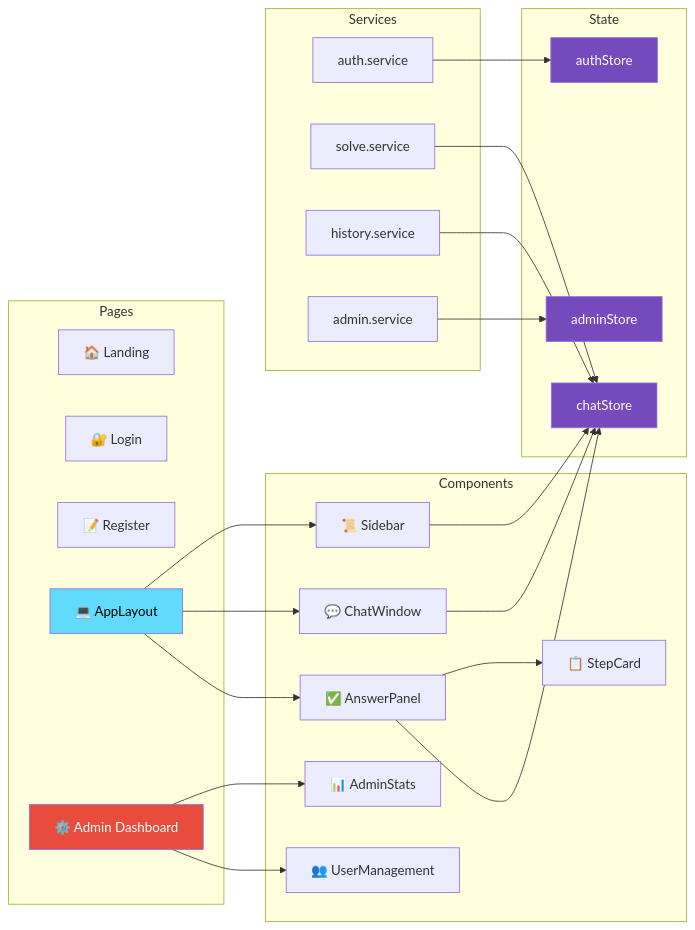
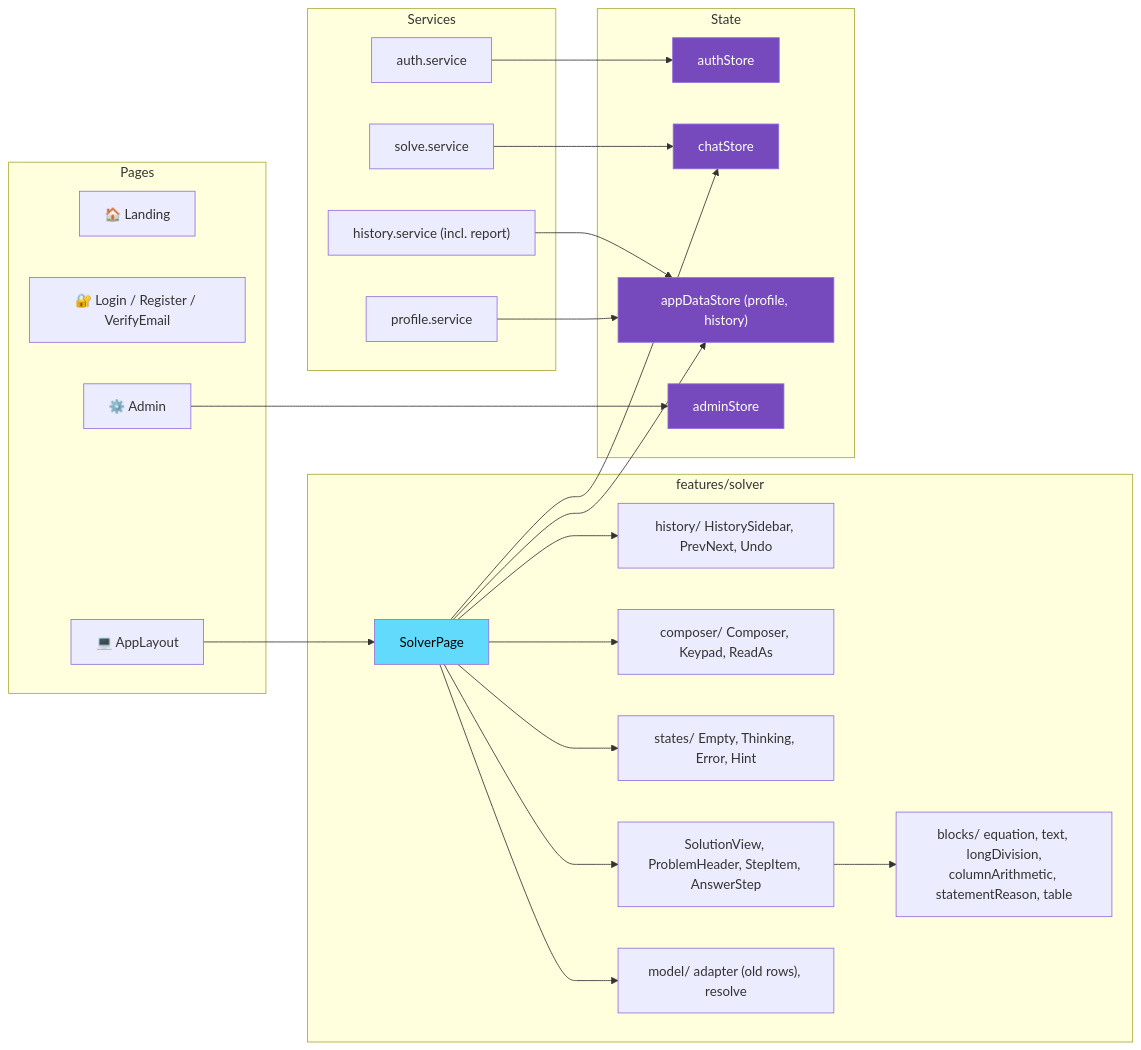
Before and after one commit to AbhishekBalija/MathGPT: the fourth of 8 diagrams in docs/architecture.md, drawn with Mermaid. The commit also changed other lines of this file and 4 other files, not shown here.

````diff
--- a/docs/architecture.md
+++ b/docs/architecture.md
@@ -131,55 +175,55 @@
 ```mermaid
 graph LR
     subgraph "Pages"
         LANDING["🏠 Landing"]
-        LOGIN["🔐 Login"]
-        REGISTER["📝 Register"]
+        AUTHP["🔐 Login / Register / VerifyEmail"]
         APP["💻 AppLayout"]
-        ADMIN_DASH["⚙️ Admin Dashboard"]
+        ADMIN_DASH["⚙️ Admin"]
     end
 
-    subgraph "Components"
-        SIDEBAR["📜 Sidebar"]
-        CHAT["💬 ChatWindow"]
-        ANSWER["✅ AnswerPanel"]
-        STEP["📋 StepCard"]
-        ADMIN_STATS["📊 AdminStats"]
-        ADMIN_USERS["👥 UserManagement"]
+    subgraph "features/solver"
+        PAGE["SolverPage"]
+        HISTORY["history/ HistorySidebar, PrevNext, Undo"]
+        COMPOSER["composer/ Composer, Keypad, ReadAs"]
+        STATES["states/ Empty, Thinking, Error, Hint"]
+        VIEW["SolutionView, ProblemHeader, StepItem, AnswerStep"]
+        BLOCKS["blocks/ equation, text, longDivision,<br/>columnArithmetic, statementReason, table"]
+        MODEL["model/ adapter (old rows), resolve"]
     end
 
     subgraph "State"
         AUTH_STORE["authStore"]
         CHAT_STORE["chatStore"]
+        DATA_STORE["appDataStore (profile, history)"]
         ADMIN_STORE["adminStore"]
     end
 
     subgraph "Services"
+        SOLVE_SVC["solve.service"]
+        HISTORY_SVC["history.service (incl. report)"]
+        PROFILE_SVC["profile.service"]
         AUTH_SVC["auth.service"]
-        SOLVE_SVC["solve.service"]
-        HISTORY_SVC["history.service"]
-        ADMIN_SVC["admin.service"]
     end
 
-    APP --> SIDEBAR
-    APP --> CHAT
-    APP --> ANSWER
-    ANSWER --> STEP
+    APP --> PAGE
+    PAGE --> HISTORY
+    PAGE --> COMPOSER
+    PAGE --> STATES
+    PAGE --> VIEW
+    VIEW --> BLOCKS
+    PAGE --> MODEL
 
-    ADMIN_DASH --> ADMIN_STATS
-    ADMIN_DASH --> ADMIN_USERS
+    PAGE --> CHAT_STORE
+    PAGE --> DATA_STORE
+    SOLVE_SVC --> CHAT_STORE
+    HISTORY_SVC --> DATA_STORE
+    PROFILE_SVC --> DATA_STORE
+    AUTH_SVC --> AUTH_STORE
+    ADMIN_DASH --> ADMIN_STORE
 
-    SIDEBAR --> CHAT_STORE
-    CHAT --> CHAT_STORE
-    ANSWER --> CHAT_STORE
-
-    AUTH_SVC --> AUTH_STORE
-    SOLVE_SVC --> CHAT_STORE
-    HISTORY_SVC --> CHAT_STORE
-    ADMIN_SVC --> ADMIN_STORE
-
-    style APP fill:#61dafb,color:#000
-    style ADMIN_DASH fill:#e74c3c,color:#fff
+    style PAGE fill:#61dafb,color:#000
     style CHAT_STORE fill:#764abc,color:#fff
+    style DATA_STORE fill:#764abc,color:#fff
     style AUTH_STORE fill:#764abc,color:#fff
     style ADMIN_STORE fill:#764abc,color:#fff
 ```
````
